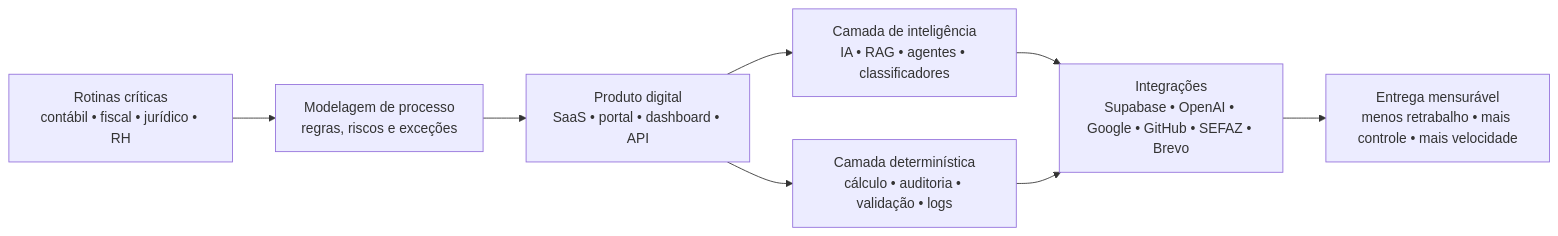
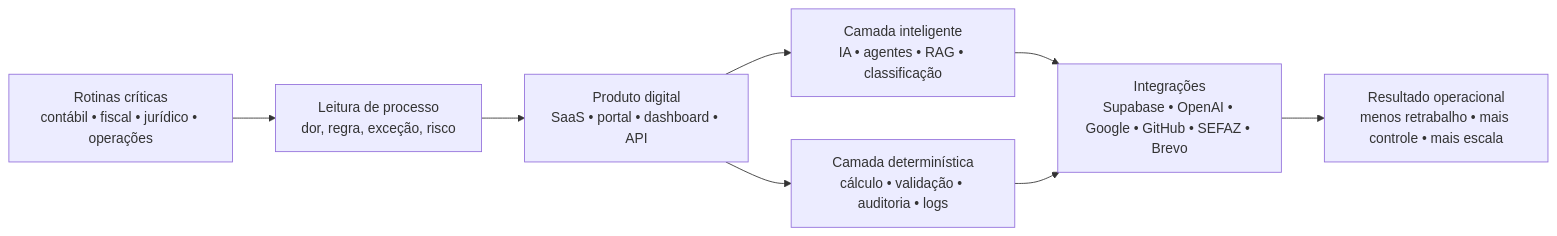
The first of 3 diagrams in README.md (ndmg-dev/ndmg-dev), drawn with Mermaid before and after one commit. The commit also changed other lines of this file, not shown here.

````diff
--- a/README.md
+++ b/README.md
@@ -117,10 +416,10 @@
 ```mermaid
 flowchart LR
-  A["Rotinas críticas<br/>contábil • fiscal • jurídico • RH"] --> B["Modelagem de processo<br/>regras, riscos e exceções"]
+  A["Rotinas críticas<br/>contábil • fiscal • jurídico • operações"] --> B["Leitura de processo<br/>dor, regra, exceção, risco"]
   B --> C["Produto digital<br/>SaaS • portal • dashboard • API"]
-  C --> D["Camada de inteligência<br/>IA • RAG • agentes • classificadores"]
-  C --> E["Camada determinística<br/>cálculo • auditoria • validação • logs"]
+  C --> D["Camada inteligente<br/>IA • agentes • RAG • classificação"]
+  C --> E["Camada determinística<br/>cálculo • validação • auditoria • logs"]
   D --> F["Integrações<br/>Supabase • OpenAI • Google • GitHub • SEFAZ • Brevo"]
   E --> F
-  F --> G["Entrega mensurável<br/>menos retrabalho • mais controle • mais velocidade"]
+  F --> G["Resultado operacional<br/>menos retrabalho • mais controle • mais escala"]
 ```
````
